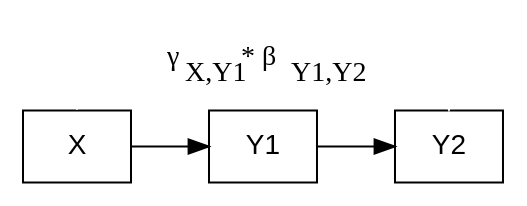
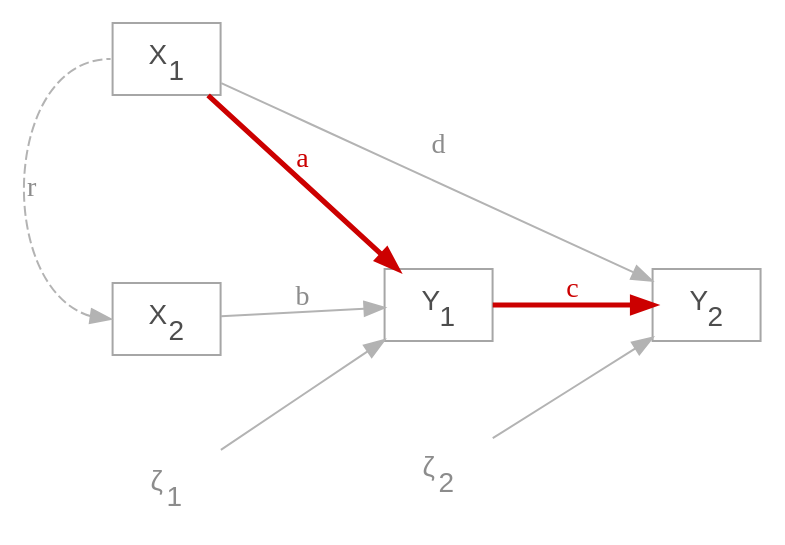
One commit to pennekampster/Swiss_SEM changed diagram 13 of 26 in 5_Slides/Intro_to_SEM_part1.qmd. Above: the diagram before and after it, drawn with Graphviz. The commit also changed other lines of this file and 5 other files, not shown here.

````diff
--- a/5_Slides/Intro_to_SEM_part1.qmd
+++ b/5_Slides/Intro_to_SEM_part1.qmd
@@ -936,27 +905,20 @@
 ```{dot}
-//| fig-width: 6
-digraph  {
-
-  # a 'graph' statement
-  graph [overlap = false, fontsize = 15, layout = dot, rankdir = TB, splines=ortho]
-
-  # 'node' statements
-  node [shape = box,
-        fontname = Helvetica]
-  X 
-  Y1 
-  Y2
-
-  # 'edge' statements
-  X -> Y2 [style = dashed label = <&gamma;<SUB>X,Y1</SUB> * &beta;<SUB>Y1,Y2</SUB>>, color=white]
-  X  -> Y1
-  Y1 -> Y2
-
-  
-
-{rank=same X; Y1, Y2}
-
-
+//| fig-width: 6.5
+//| fig-height: 3.2
+digraph {
+  graph [rankdir = LR, fontsize = 14, ranksep = 1.0, nodesep = 0.65]
+  node [shape = box, fontname = Helvetica, color = "gray65", fontcolor = "gray30"]
+  X1 [label = <X<SUB>1</SUB>>]; X2 [label = <X<SUB>2</SUB>>]
+  Y1 [label = <Y<SUB>1</SUB>>]; Y2 [label = <Y<SUB>2</SUB>>]
+  node [shape = plaintext, color = "gray65", fontcolor = "gray55"]
+  z1 [label = <&zeta;<SUB>1</SUB>>]; z2 [label = <&zeta;<SUB>2</SUB>>]
+  edge [color = "gray70", fontcolor = "gray55"]
+  X2 -> Y1 [label = "b"]; X1 -> Y2 [label = "d"]
+  X1:w -> X2:w [dir = both, constraint = false, label = "r", style = dashed]
+  X1 -> Y1 [label = "a", color = "#cc0000", penwidth = 2.6, fontcolor = "#cc0000"]
+  Y1 -> Y2 [label = "c", color = "#cc0000", penwidth = 2.6, fontcolor = "#cc0000"]
+  z1 -> Y1; z2 -> Y2
+  {rank = min; X1; X2}
+  {rank = max; Y2}
 }
-
 ```
````
